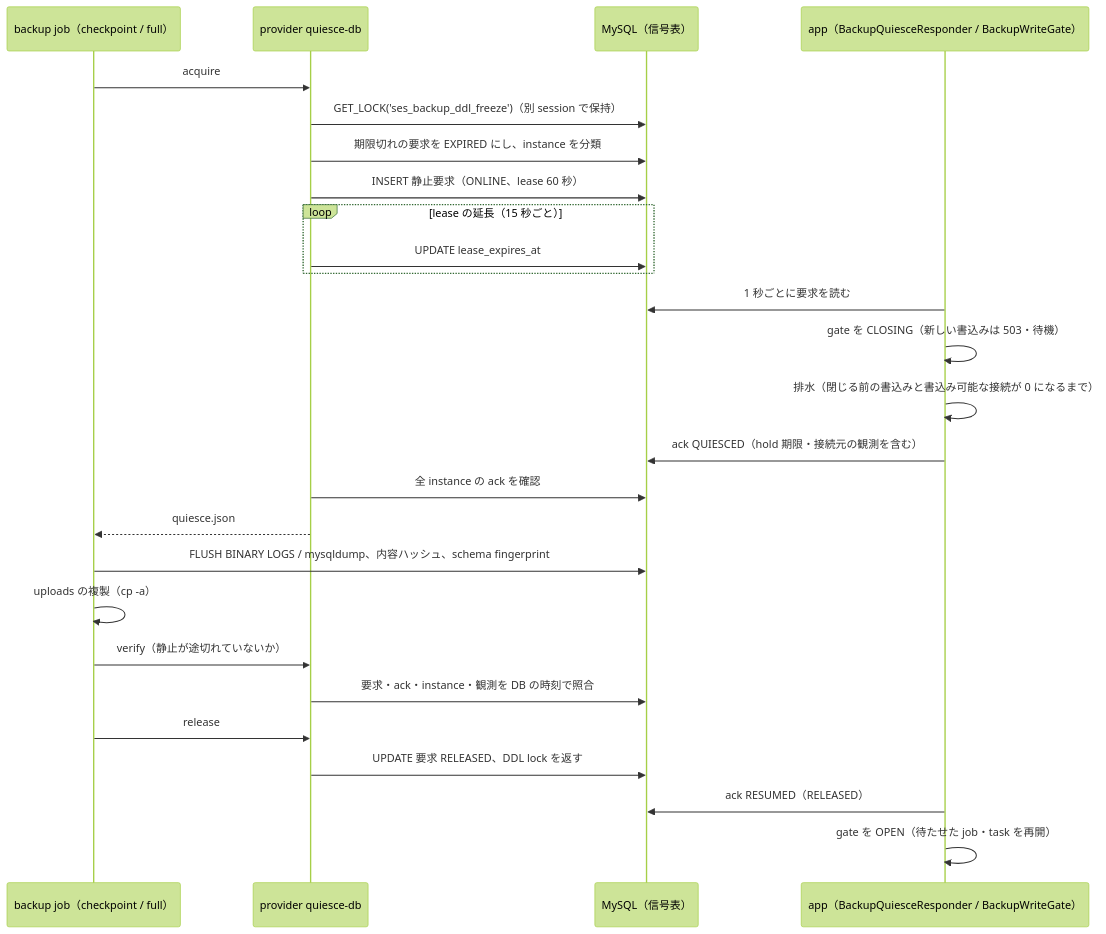
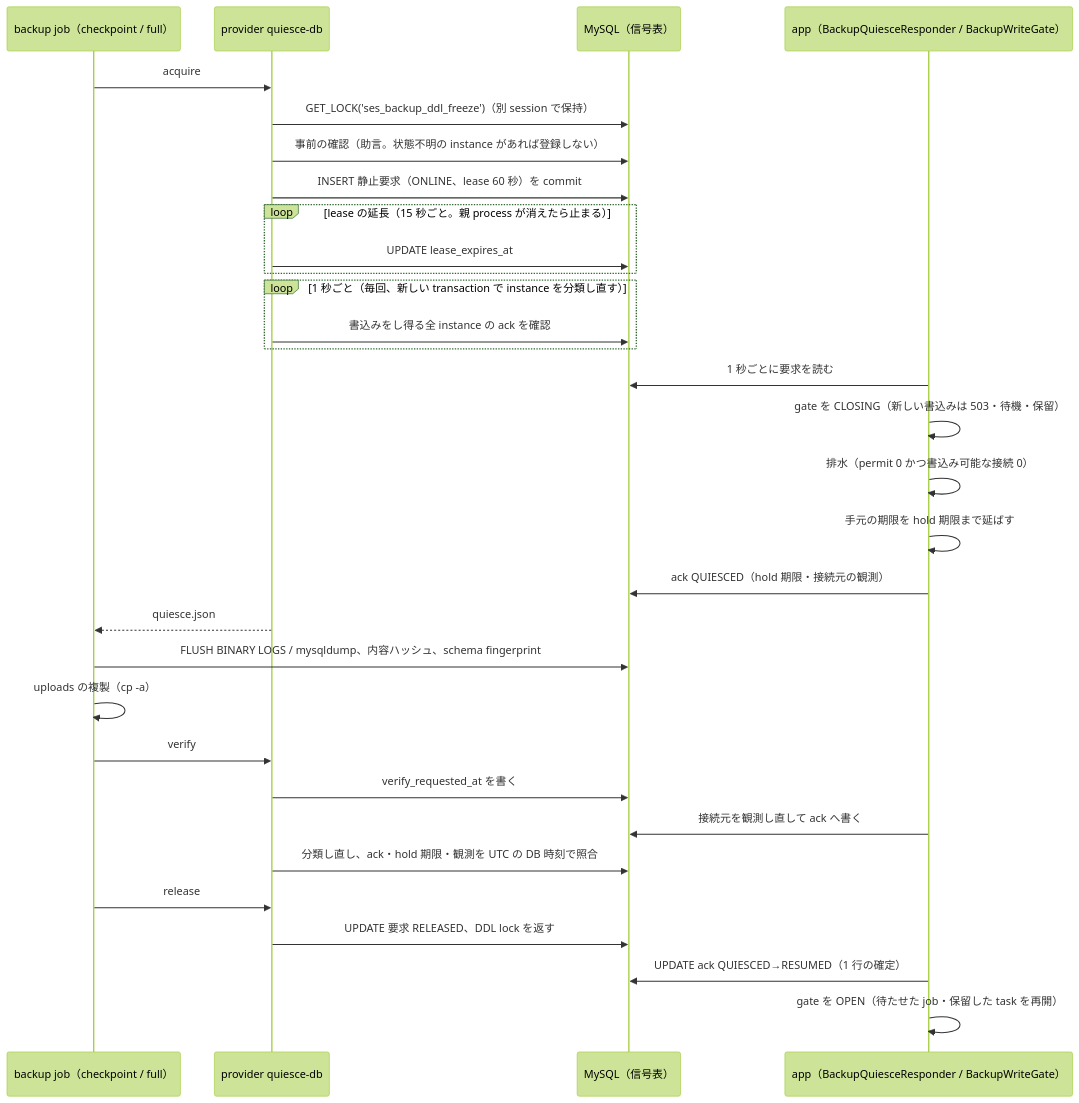
The diagram in .kiro/specs/backup-write-quiesce/design.md (satoshi2024/ses-manager-pro), drawn with Mermaid (forest theme) before and after one commit. The commit also changed other lines of this file and 2 other files, not shown here.

````diff
--- a/.kiro/specs/backup-write-quiesce/design.md
+++ b/.kiro/specs/backup-write-quiesce/design.md
@@ -14,28 +16,33 @@
 ```mermaid
 sequenceDiagram
     participant Job as backup job（checkpoint / full）
     participant Prov as provider quiesce-db
     participant DB as MySQL（信号表）
     participant App as app（BackupQuiesceResponder / BackupWriteGate）
     Job->>Prov: acquire
     Prov->>DB: GET_LOCK('ses_backup_ddl_freeze')（別 session で保持）
-    Prov->>DB: 期限切れの要求を EXPIRED にし、instance を分類
-    Prov->>DB: INSERT 静止要求（ONLINE、lease 60 秒）
-    loop lease の延長（15 秒ごと）
+    Prov->>DB: 事前の確認（助言。状態不明の instance があれば登録しない）
+    Prov->>DB: INSERT 静止要求（ONLINE、lease 60 秒）を commit
+    loop lease の延長（15 秒ごと。親 process が消えたら止まる）
         Prov->>DB: UPDATE lease_expires_at
     end
+    loop 1 秒ごと（毎回、新しい transaction で instance を分類し直す）
+        Prov->>DB: 書込みをし得る全 instance の ack を確認
+    end
     App->>DB: 1 秒ごとに要求を読む
-    App->>App: gate を CLOSING（新しい書込みは 503・待機）
-    App->>App: 排水（閉じる前の書込みと書込み可能な接続が 0 になるまで）
-    App->>DB: ack QUIESCED（hold 期限・接続元の観測を含む）
-    Prov->>DB: 全 instance の ack を確認
+    App->>App: gate を CLOSING（新しい書込みは 503・待機・保留）
+    App->>App: 排水（permit 0 かつ書込み可能な接続 0）
+    App->>App: 手元の期限を hold 期限まで延ばす
+    App->>DB: ack QUIESCED（hold 期限・接続元の観測）
     Prov-->>Job: quiesce.json
     Job->>DB: FLUSH BINARY LOGS / mysqldump、内容ハッシュ、schema fingerprint
     Job->>Job: uploads の複製（cp -a）
-    Job->>Prov: verify（静止が途切れていないか）
-    Prov->>DB: 要求・ack・instance・観測を DB の時刻で照合
+    Job->>Prov: verify
+    Prov->>DB: verify_requested_at を書く
+    App->>DB: 接続元を観測し直して ack へ書く
+    Prov->>DB: 分類し直し、ack・hold 期限・観測を UTC の DB 時刻で照合
     Job->>Prov: release
     Prov->>DB: UPDATE 要求 RELEASED、DDL lock を返す
-    App->>DB: ack RESUMED（RELEASED）
-    App->>App: gate を OPEN（待たせた job・task を再開）
+    App->>DB: UPDATE ack QUIESCED→RESUMED（1 行の確定）
+    App->>App: gate を OPEN（待たせた job・保留した task を再開）
 ```
````
